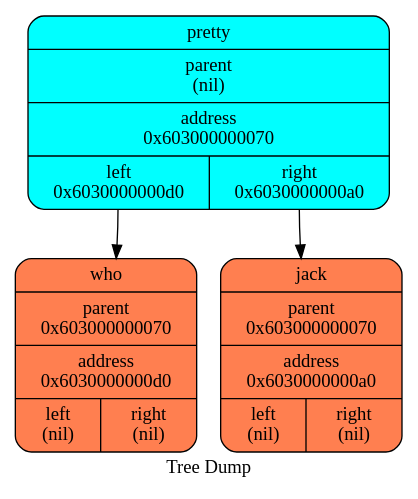
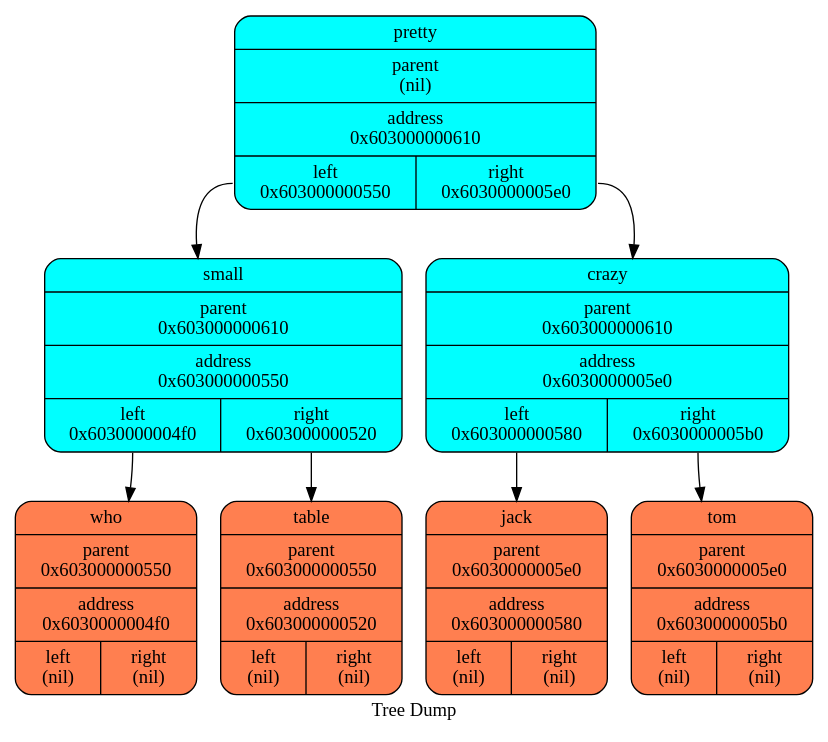
Before and after one commit to aidenfmunro/Akinator: the diagram in log/dot/treegraph_0.dot, drawn with Graphviz. The commit also changed 3 other files, not shown here.

```diff
--- a/log/dot/treegraph_0.dot
+++ b/log/dot/treegraph_0.dot
@@ -1,11 +1,19 @@
   digraph tree  {
   node[   shape     = "Mrecord",  style     = "filled",  fillcolor = "aqua",  fontcolor = "#000000",  margin    = "0.075"];
   rankdir   = "TB";
 
   label     = "Tree Dump";
- "pretty" [shape = "Mrecord", label = "{<name>pretty | parent\n(nil) | <f0> address\n0x603000000070| {<left>left\n0x6030000000d0 | <right>right\n0x6030000000a0\n}}"];
-  "pretty":left->"who";
- "who" [shape = "Mrecord", fillcolor = "coral", label = "{<name>who | parent\n0x603000000070 | <f0> address\n0x6030000000d0| {<left>left\n(nil) | <right>right\n(nil)\n}}"];
-  "pretty":right->"jack";
- "jack" [shape = "Mrecord", fillcolor = "coral", label = "{<name>jack | parent\n0x603000000070 | <f0> address\n0x6030000000a0| {<left>left\n(nil) | <right>right\n(nil)\n}}"];
+ "pretty" [shape = "Mrecord", label = "{<name>pretty | parent\n(nil) | <f0> address\n0x603000000610| {<left>left\n0x603000000550 | <right>right\n0x6030000005e0\n}}"];
+  "pretty":left->"small";
+ "small" [shape = "Mrecord", label = "{<name>small | parent\n0x603000000610 | <f0> address\n0x603000000550| {<left>left\n0x6030000004f0 | <right>right\n0x603000000520\n}}"];
+  "small":left->"who";
+ "who" [shape = "Mrecord", fillcolor = "coral", label = "{<name>who | parent\n0x603000000550 | <f0> address\n0x6030000004f0| {<left>left\n(nil) | <right>right\n(nil)\n}}"];
+  "small":right->"table";
+ "table" [shape = "Mrecord", fillcolor = "coral", label = "{<name>table | parent\n0x603000000550 | <f0> address\n0x603000000520| {<left>left\n(nil) | <right>right\n(nil)\n}}"];
+  "pretty":right->"crazy";
+ "crazy" [shape = "Mrecord", label = "{<name>crazy | parent\n0x603000000610 | <f0> address\n0x6030000005e0| {<left>left\n0x603000000580 | <right>right\n0x6030000005b0\n}}"];
+  "crazy":left->"jack";
+ "jack" [shape = "Mrecord", fillcolor = "coral", label = "{<name>jack | parent\n0x6030000005e0 | <f0> address\n0x603000000580| {<left>left\n(nil) | <right>right\n(nil)\n}}"];
+  "crazy":right->"tom";
+ "tom" [shape = "Mrecord", fillcolor = "coral", label = "{<name>tom | parent\n0x6030000005e0 | <f0> address\n0x6030000005b0| {<left>left\n(nil) | <right>right\n(nil)\n}}"];
   }
```
